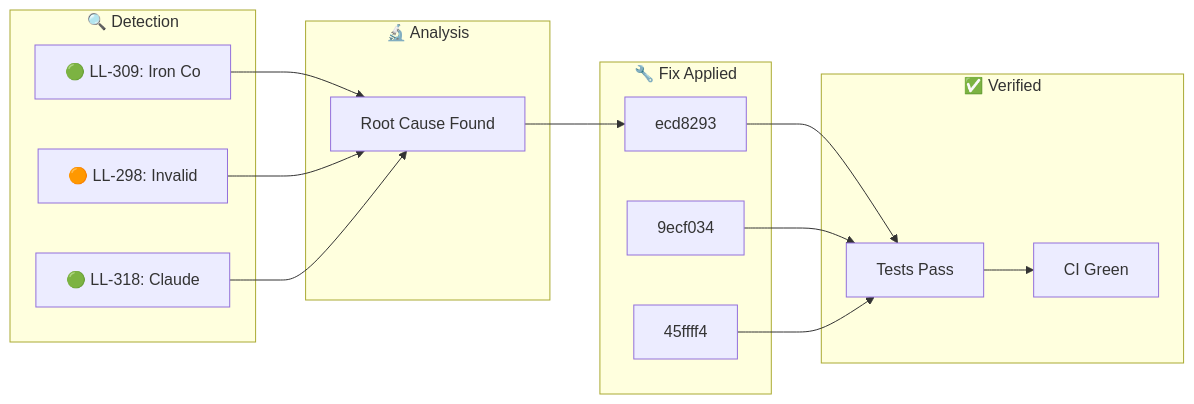
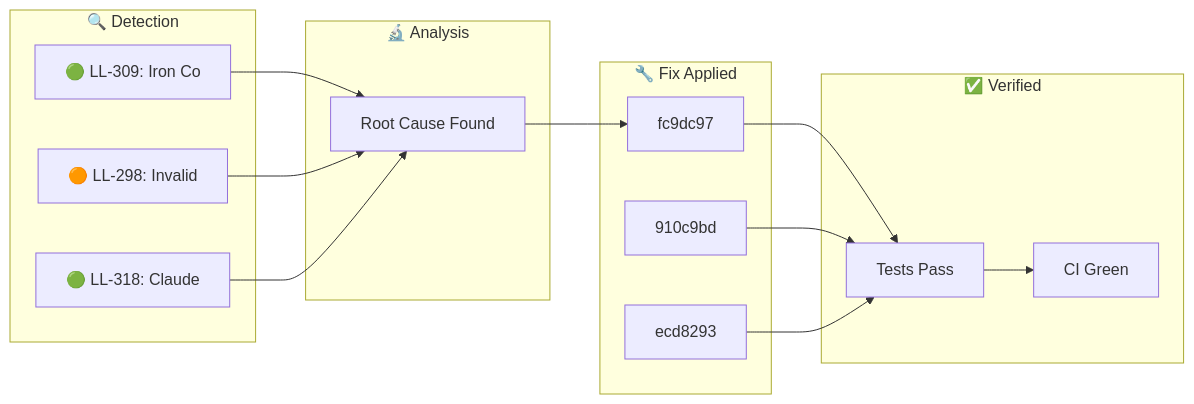
The diagram in docs/_posts/2026-01-28-ralph-discovery.md (YoByron/trading), drawn with Mermaid before and after one commit. The commit also changed other lines of this file, not shown here.

````diff
--- a/docs/_posts/2026-01-28-ralph-discovery.md
+++ b/docs/_posts/2026-01-28-ralph-discovery.md
@@ -17,28 +17,28 @@
 ```mermaid
 flowchart LR
     subgraph Detection["🔍 Detection"]
         D1["🟢 LL-309: Iron Co"]
         D2["🟠 LL-298: Invalid"]
         D3["🟢 LL-318: Claude "]
     end
     subgraph Analysis["🔬 Analysis"]
         A1["Root Cause Found"]
     end
     subgraph Fix["🔧 Fix Applied"]
-        F1["ecd8293"]
-        F2["9ecf034"]
-        F3["45ffff4"]
+        F1["fc9dc97"]
+        F2["910c9bd"]
+        F3["ecd8293"]
     end
     subgraph Verify["✅ Verified"]
         V1["Tests Pass"]
         V2["CI Green"]
     end
     D1 --> A1
     D2 --> A1
     D3 --> A1
     A1 --> F1
     F1 --> V1
     F2 --> V1
     F3 --> V1
     V1 --> V2
 ```
````
